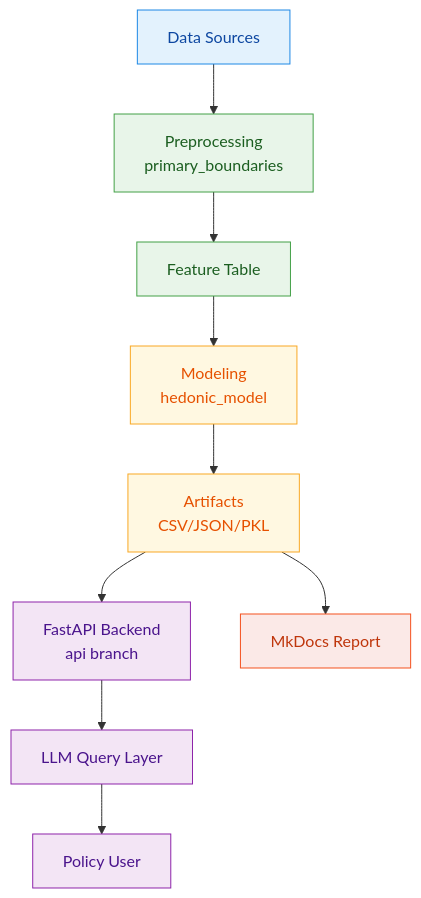
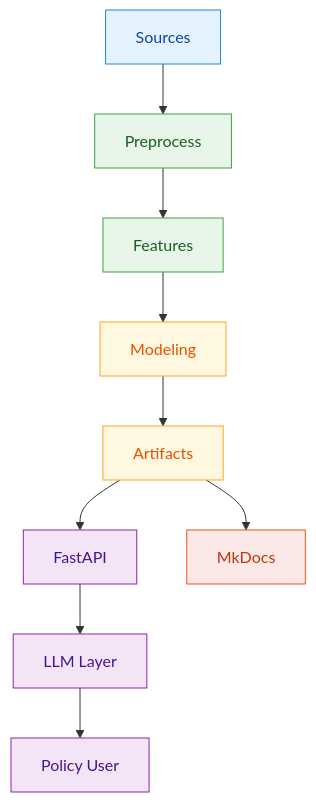
The first of 2 diagrams in docs/technical_report.md (heehawww/DSA4264_Geospatial_Group6), drawn with Mermaid before and after one commit. The commit also changed other lines of this file and 2 other files, not shown here.

Commit message:
mermaid shoudl work?

````diff
--- a/docs/technical_report.md
+++ b/docs/technical_report.md
@@ -288,23 +110,23 @@
 ```mermaid
 flowchart TD
-    A["Data Sources"] --> B["Preprocessing<br/>primary_boundaries"]
-    B --> C["Feature Table"]
-    C --> D["Modeling<br/>hedonic_model"]
-    D --> E["Artifacts<br/>CSV/JSON/PKL"]
-    E --> F["FastAPI Backend<br/>api branch"]
-    F --> G["LLM Query Layer"]
+    A["Sources"] --> B["Preprocess"]
+    B --> C["Features"]
+    C --> D["Modeling"]
+    D --> E["Artifacts"]
+    E --> F["FastAPI"]
+    F --> G["LLM Layer"]
     G --> H["Policy User"]
-    E --> I["MkDocs Report"]
+    E --> I["MkDocs"]
 
     classDef source fill:#e3f2fd,stroke:#1e88e5,color:#0d47a1;
     classDef prep fill:#e8f5e9,stroke:#43a047,color:#1b5e20;
     classDef model fill:#fff8e1,stroke:#f9a825,color:#e65100;
     classDef app fill:#f3e5f5,stroke:#8e24aa,color:#4a148c;
     classDef output fill:#fbe9e7,stroke:#f4511e,color:#bf360c;
 
     class A source;
     class B,C prep;
     class D,E model;
     class F,G,H app;
     class I output;
 ```
````
